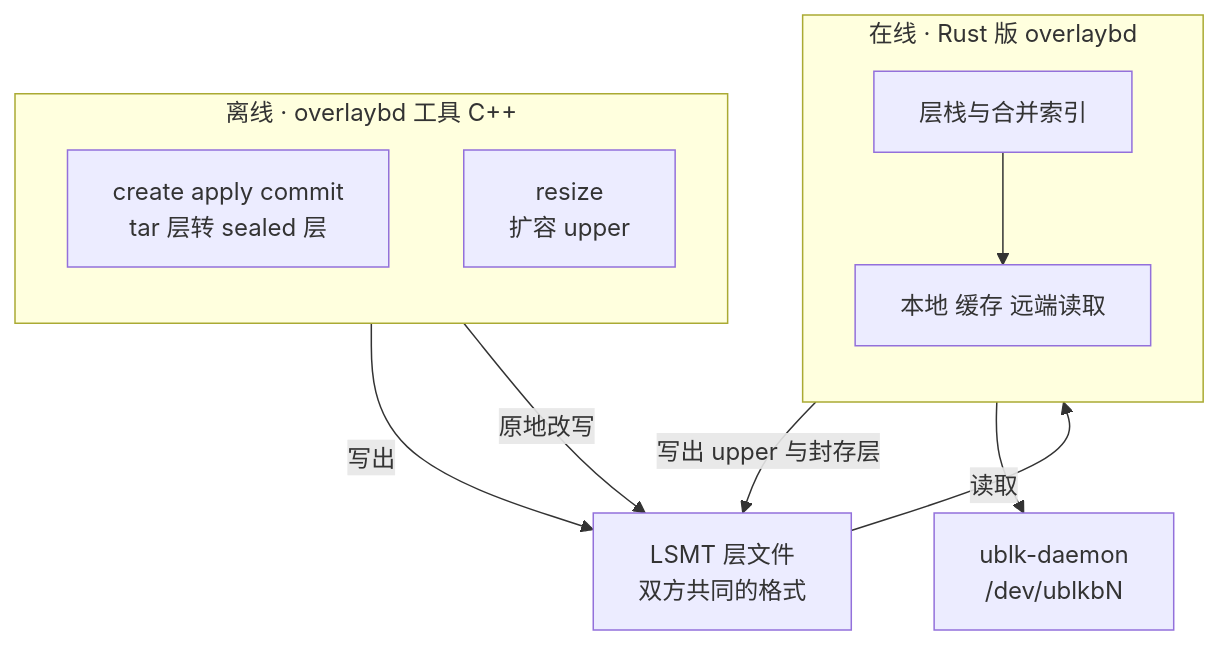
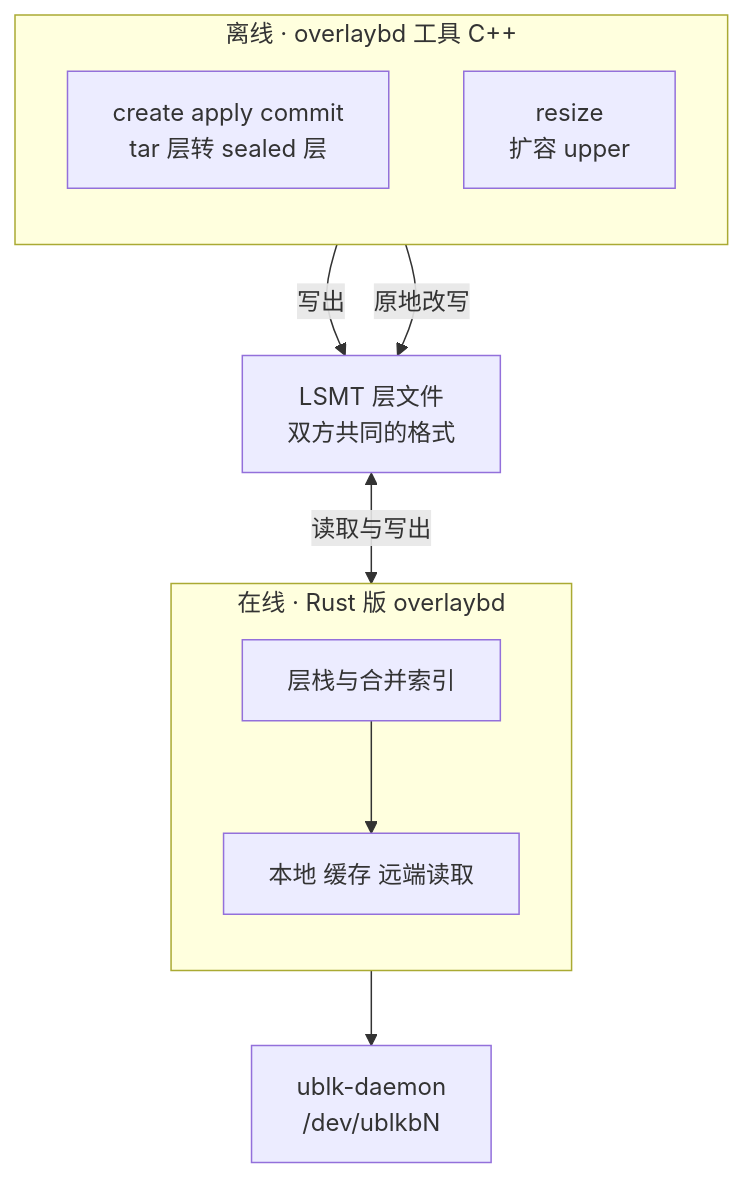
Before and after one commit to AustinJiangg/ai-books: the second of 2 diagrams in agentenv/05-overlaybd-and-lazy-loading.md, drawn with Mermaid. The commit also changed 3 other files, not shown here.

````diff
--- a/agentenv/05-overlaybd-and-lazy-loading.md
+++ b/agentenv/05-overlaybd-and-lazy-loading.md
@@ -170,18 +170,17 @@
 ```mermaid
 flowchart TB
     subgraph OFF["离线 · overlaybd 工具 C++"]
         direction TB
         C1["create apply commit<br/>tar 层转 sealed 层"]
         C2["resize<br/>扩容 upper"]
     end
     subgraph ON["在线 · Rust 版 overlaybd"]
         direction TB
         R1["层栈与合并索引"] --> R2["本地 缓存 远端读取"]
     end
     F["LSMT 层文件<br/>双方共同的格式"]
     C1 -->|"写出"| F
     C2 -->|"原地改写"| F
-    F -->|"读取"| R1
-    R1 -->|"写出 upper 与封存层"| F
-    R1 --> U["ublk-daemon<br/>/dev/ublkbN"]
+    F <-->|"读取与写出"| ON
+    ON --> U["ublk-daemon<br/>/dev/ublkbN"]
 ```
````
